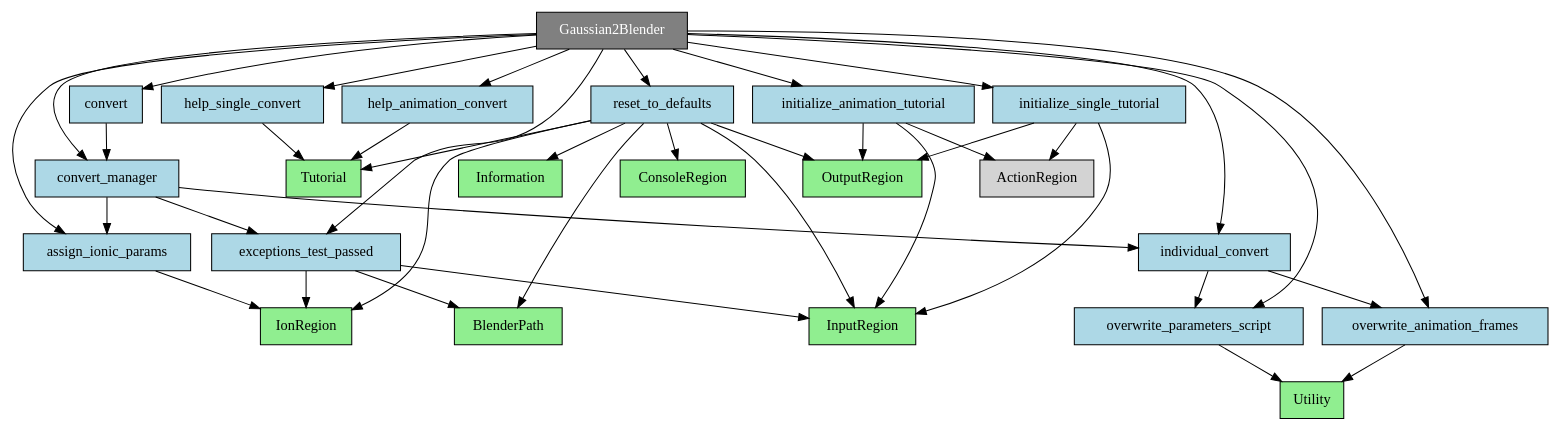
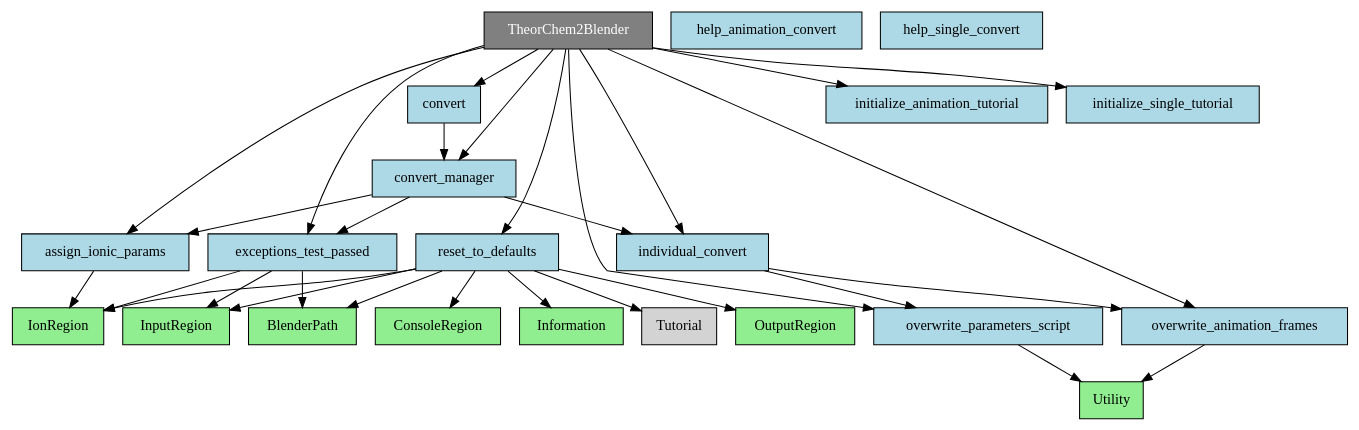
Before and after one commit to eecheve/Gaussian-2-Blender: the second of 2 diagrams in docs/components.rst, drawn with Graphviz.

Commit message:
Update components.rst
components.rst updated as Tutorial.py is not being used at the moment.

```diff
--- a/docs/components.rst
+++ b/docs/components.rst
@@ -85,9 +85,9 @@
 .. graphviz::
 
-   digraph Gaussian2Blender {
+   digraph TheorChem2Blender {
       node [shape=box, style=filled];
 
-      Gaussian2Blender [fillcolor=gray, fontcolor=white, color=black, style=filled, shape=box];
+      TheorChem2Blender [fillcolor=gray, fontcolor=white, color=black, style=filled, shape=box];
 
       assign_ionic_params [fillcolor=lightblue];
       convert [fillcolor=lightblue];
@@ -103,7 +103,6 @@
       reset_to_defaults [fillcolor=lightblue];
 
       IonRegion [fillcolor=lightgreen];
-      Tutorial [fillcolor=lightgreen];
       Utility [fillcolor=lightgreen];
       BlenderPath [fillcolor=lightgreen];
       OutputRegion [fillcolor=lightgreen];
@@ -111,18 +110,16 @@
       ConsoleRegion [fillcolor=lightgreen];
       Information [fillcolor=lightgreen];
 
-      Gaussian2Blender -> assign_ionic_params;
-      Gaussian2Blender -> convert;
-      Gaussian2Blender -> convert_manager;
-      Gaussian2Blender -> exceptions_test_passed;
-      Gaussian2Blender -> help_animation_convert;
-      Gaussian2Blender -> help_single_convert;
-      Gaussian2Blender -> individual_convert;
-      Gaussian2Blender -> initialize_animation_tutorial;
-      Gaussian2Blender -> initialize_single_tutorial;
-      Gaussian2Blender -> overwrite_animation_frames;
-      Gaussian2Blender -> overwrite_parameters_script;
-      Gaussian2Blender -> reset_to_defaults;
+      TheorChem2Blender -> assign_ionic_params;
+      TheorChem2Blender -> convert;
+      TheorChem2Blender -> convert_manager;
+      TheorChem2Blender -> exceptions_test_passed;
+      TheorChem2Blender -> individual_convert;
+      TheorChem2Blender -> initialize_animation_tutorial;
+      TheorChem2Blender -> initialize_single_tutorial;
+      TheorChem2Blender -> overwrite_animation_frames;
+      TheorChem2Blender -> overwrite_parameters_script;
+      TheorChem2Blender -> reset_to_defaults;
 
       assign_ionic_params -> IonRegion;
 
@@ -136,20 +133,8 @@
       exceptions_test_passed -> InputRegion;
       exceptions_test_passed -> IonRegion;
 
-      help_animation_convert -> Tutorial;
-
-      help_single_convert -> Tutorial;
-
       individual_convert -> overwrite_animation_frames;
       individual_convert -> overwrite_parameters_script;
-
-      initialize_animation_tutorial -> InputRegion;
-      initialize_animation_tutorial -> OutputRegion;
-      initialize_animation_tutorial -> ActionRegion;
-
-      initialize_single_tutorial -> InputRegion;
-      initialize_single_tutorial -> OutputRegion;
-      initialize_single_tutorial -> ActionRegion;
 
       overwrite_animation_frames -> Utility;
 
```
